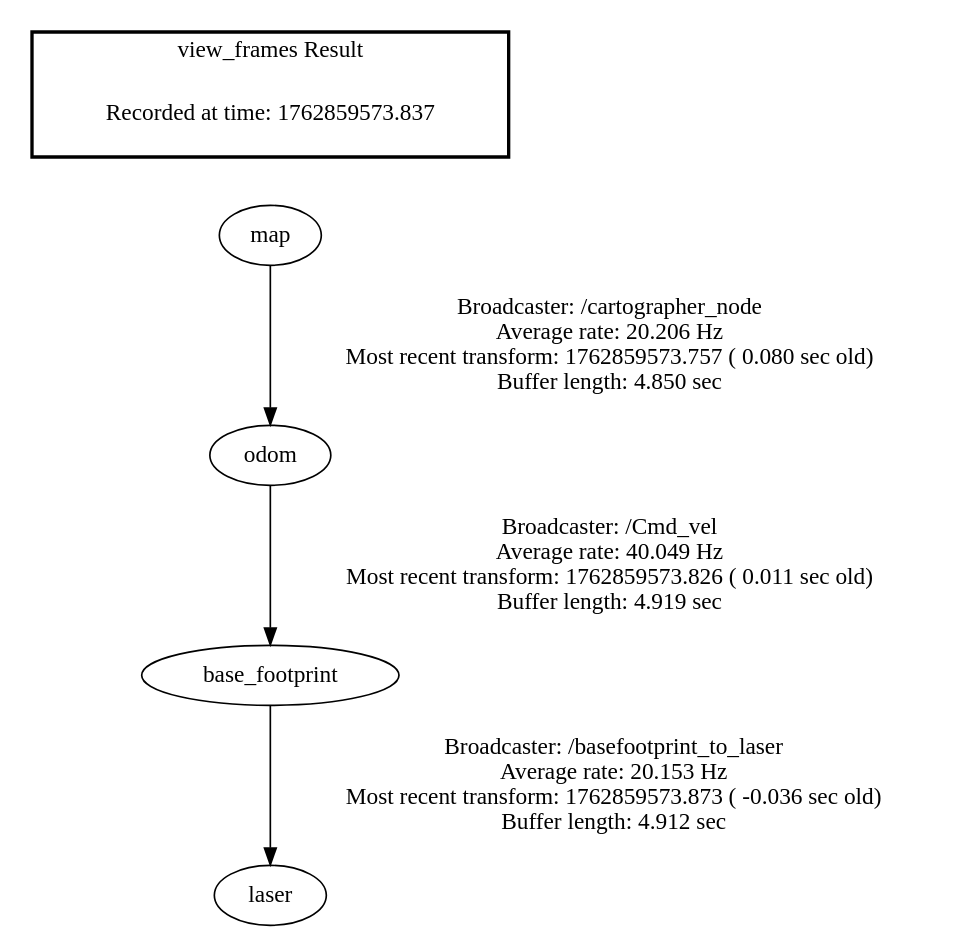
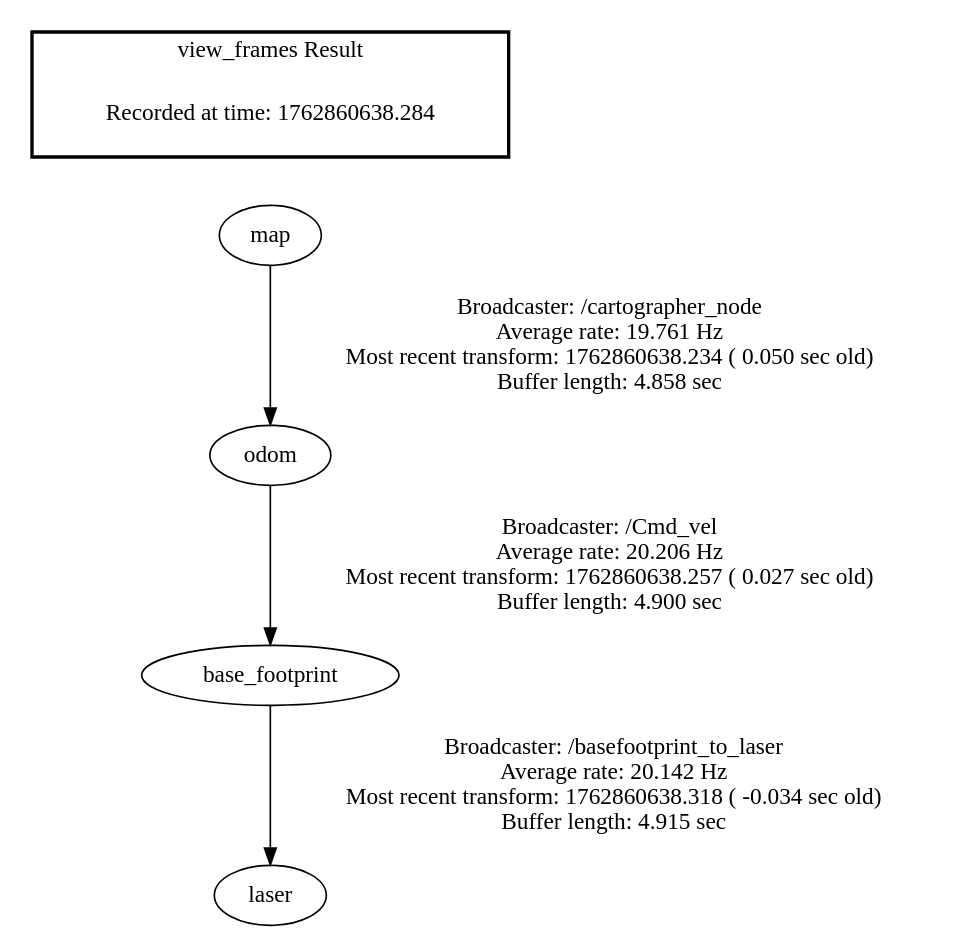
Before and after one commit to hcmutduygit/robot_fablab_ws: the diagram in frames.gv, drawn with Graphviz. The commit also changed 3 other files, not shown here.

```diff
--- a/frames.gv
+++ b/frames.gv
@@ -1,9 +1,9 @@
 digraph G {
-"map" -> "odom"[label="Broadcaster: /cartographer_node\nAverage rate: 20.206 Hz\nMost recent transform: 1762859573.757 ( 0.080 sec old)\nBuffer length: 4.850 sec\n"];
-"odom" -> "base_footprint"[label="Broadcaster: /Cmd_vel\nAverage rate: 40.049 Hz\nMost recent transform: 1762859573.826 ( 0.011 sec old)\nBuffer length: 4.919 sec\n"];
-"base_footprint" -> "laser"[label="Broadcaster: /basefootprint_to_laser\nAverage rate: 20.153 Hz\nMost recent transform: 1762859573.873 ( -0.036 sec old)\nBuffer length: 4.912 sec\n"];
+"base_footprint" -> "laser"[label="Broadcaster: /basefootprint_to_laser\nAverage rate: 20.142 Hz\nMost recent transform: 1762860638.318 ( -0.034 sec old)\nBuffer length: 4.915 sec\n"];
+"odom" -> "base_footprint"[label="Broadcaster: /Cmd_vel\nAverage rate: 20.206 Hz\nMost recent transform: 1762860638.257 ( 0.027 sec old)\nBuffer length: 4.900 sec\n"];
+"map" -> "odom"[label="Broadcaster: /cartographer_node\nAverage rate: 19.761 Hz\nMost recent transform: 1762860638.234 ( 0.050 sec old)\nBuffer length: 4.858 sec\n"];
 edge [style=invis];
  subgraph cluster_legend { style=bold; color=black; label ="view_frames Result";
-"Recorded at time: 1762859573.837"[ shape=plaintext ] ;
+"Recorded at time: 1762860638.284"[ shape=plaintext ] ;
  }->"map";
 }
```
